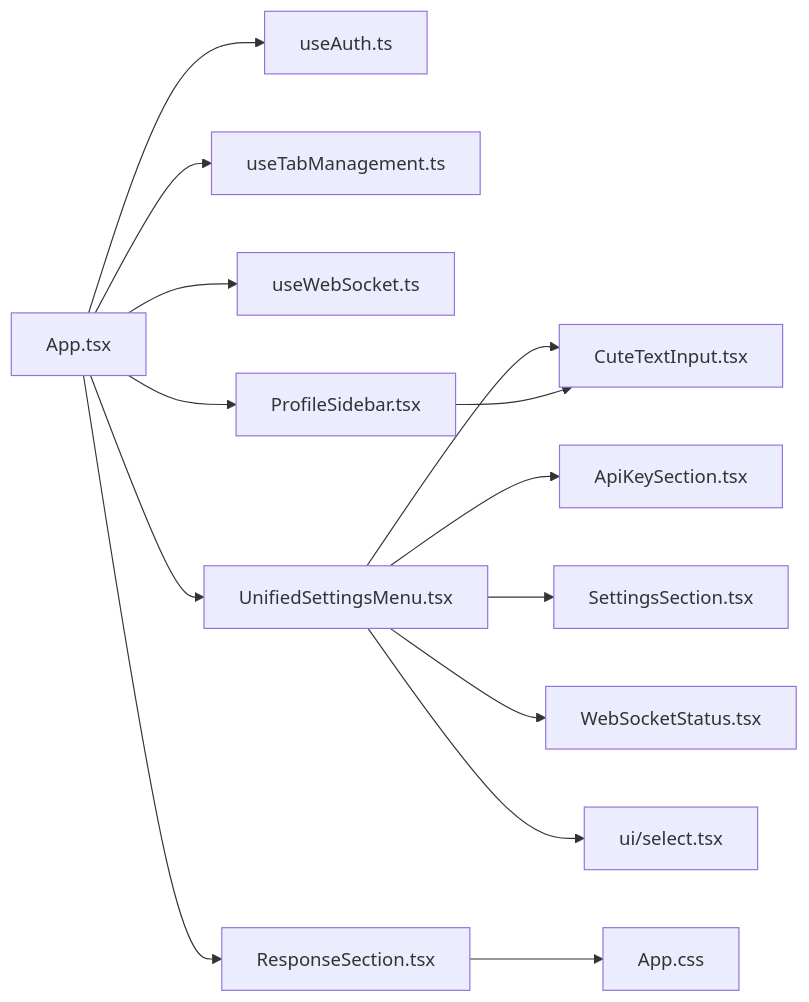
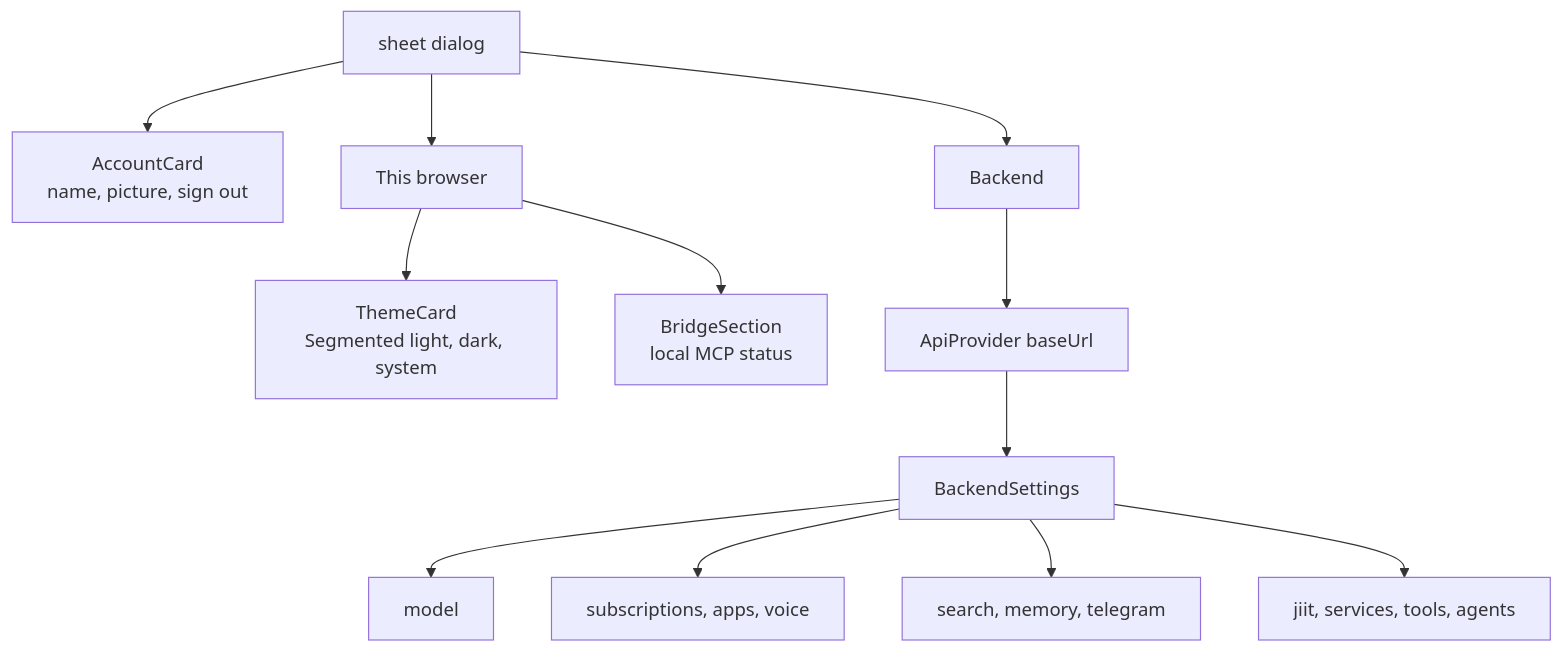
The fourth of 5 diagrams in src/data/docs/agentic-browser/Browser Extension/Side Panel UI Components.md (tashifkhan/tashif.codes), drawn with Mermaid before and after one commit. The commit also changed other lines of this file and 114 other files, not shown here.

````diff
--- a/src/data/docs/agentic-browser/Browser Extension/Side Panel UI Components.md
+++ b/src/data/docs/agentic-browser/Browser Extension/Side Panel UI Components.md
@@ -197,16 +131,15 @@
 ```mermaid
-graph LR
-App["App.tsx"] --> Auth["useAuth.ts"]
-App --> Tabs["useTabManagement.ts"]
-App --> WS["useWebSocket.ts"]
-App --> Settings["UnifiedSettingsMenu.tsx"]
-App --> Profile["ProfileSidebar.tsx"]
-App --> Response["ResponseSection.tsx"]
-Settings --> Input["CuteTextInput.tsx"]
-Settings --> API["ApiKeySection.tsx"]
-Settings --> WSShort["SettingsSection.tsx"]
-Settings --> WSStatus["WebSocketStatus.tsx"]
-Settings --> Select["ui/select.tsx"]
-Profile --> Input
-Response --> CSS["App.css"]
+graph TB
+  SHEET["sheet dialog"]
+  SHEET --> ACC["AccountCard<br/>name, picture, sign out"]
+  SHEET --> BROWSER["This browser"]
+  BROWSER --> THEME["ThemeCard<br/>Segmented light, dark, system"]
+  BROWSER --> BRIDGE["BridgeSection<br/>local MCP status"]
+  SHEET --> BACK["Backend"]
+  BACK --> PROV["ApiProvider baseUrl"]
+  PROV --> SETTINGS["BackendSettings"]
+  SETTINGS --> SEC1["model"]
+  SETTINGS --> SEC2["subscriptions, apps, voice"]
+  SETTINGS --> SEC3["search, memory, telegram"]
+  SETTINGS --> SEC4["jiit, services, tools, agents"]
 ```
````
